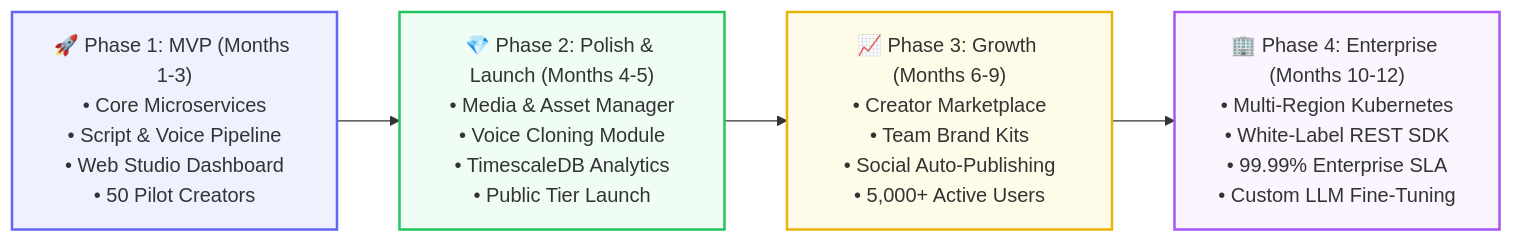
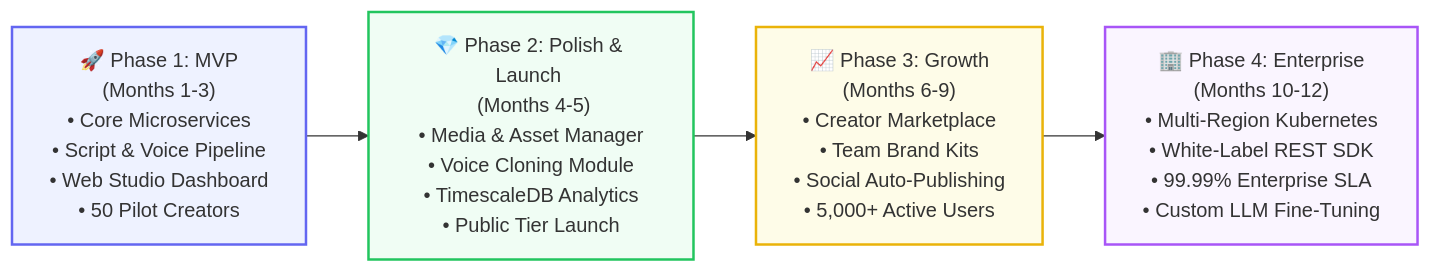
One commit to Klyptr-Studio/.github changed the diagram in profile/README.md. Above: the diagram before and after it, drawn with Mermaid. The commit also changed other lines of this file and 1 other file, not shown here.

Commit message:
docs(profile): update README.md and add DataFlow diagram

````diff
--- a/profile/README.md
+++ b/profile/README.md
@@ -263,12 +63,12 @@
 ```mermaid
 flowchart LR
-    P1["🚀 Phase 1: MVP (Months 1-3)\n• Core Microservices\n• Script & Voice Pipeline\n• Web Studio Dashboard\n• 50 Pilot Creators"] 
-    --> P2["💎 Phase 2: Polish & Launch (Months 4-5)\n• Media & Asset Manager\n• Voice Cloning Module\n• TimescaleDB Analytics\n• Public Tier Launch"]
-    --> P3["📈 Phase 3: Growth (Months 6-9)\n• Creator Marketplace\n• Team Brand Kits\n• Social Auto-Publishing\n• 5,000+ Active Users"]
-    --> P4["🏢 Phase 4: Enterprise (Months 10-12)\n• Multi-Region Kubernetes\n• White-Label REST SDK\n• 99.99% Enterprise SLA\n• Custom LLM Fine-Tuning"]
+    P1["🚀 Phase 1: MVP \n (Months 1-3)\n• Core Microservices\n• Script & Voice Pipeline\n• Web Studio Dashboard\n• 50 Pilot Creators"] 
+    --> P2["💎 Phase 2: Polish & Launch \n (Months 4-5)\n• Media & Asset Manager\n• Voice Cloning Module\n• TimescaleDB Analytics\n• Public Tier Launch"]
+    --> P3["📈 Phase 3: Growth \n (Months 6-9)\n• Creator Marketplace\n• Team Brand Kits\n• Social Auto-Publishing\n• 5,000+ Active Users"]
+    --> P4["🏢 Phase 4: Enterprise \n (Months 10-12)\n• Multi-Region Kubernetes\n• White-Label REST SDK\n• 99.99% Enterprise SLA\n• Custom LLM Fine-Tuning"]
     
     style P1 fill:#eef2ff,stroke:#6366f1,stroke-width:2px;
     style P2 fill:#f0fdf4,stroke:#22c55e,stroke-width:2px;
     style P3 fill:#fefce8,stroke:#eab308,stroke-width:2px;
     style P4 fill:#faf5ff,stroke:#a855f7,stroke-width:2px;
 ```
````
